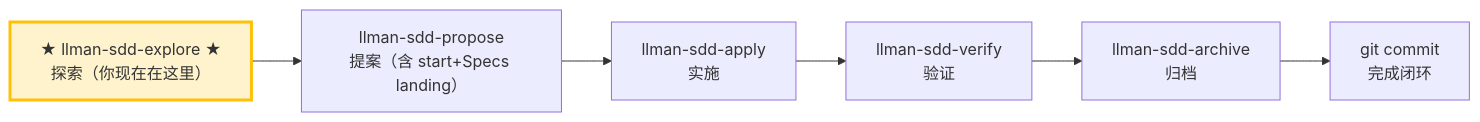
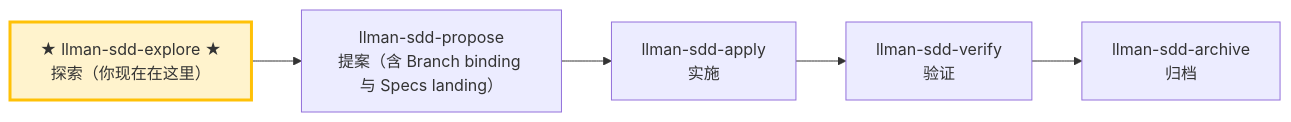
Before and after one commit to StrayDragon/llman: the diagram in templates/sdd/zh-Hans/skills/llman-sdd-explore.md, drawn with Mermaid. The commit also changed other lines of this file and 48 other files, not shown here.

````diff
--- a/templates/sdd/zh-Hans/skills/llman-sdd-explore.md
+++ b/templates/sdd/zh-Hans/skills/llman-sdd-explore.md
@@ -22,11 +27,10 @@
 ```mermaid
 flowchart LR
     explore["★ llman-sdd-explore ★<br/>探索（你现在在这里）"]
-    explore --> propose["llman-sdd-propose<br/>提案（含 start+Specs landing）"]
+    explore --> propose["llman-sdd-propose<br/>提案（含 Branch binding 与 Specs landing）"]
     propose --> apply["llman-sdd-apply<br/>实施"]
     apply --> verify["llman-sdd-verify<br/>验证"]
     verify --> archive["llman-sdd-archive<br/>归档"]
-    archive --> commit["git commit<br/>完成闭环"]
 
     style explore fill:#fff3cd,stroke:#ffc107,stroke-width:3px
 ```
````
